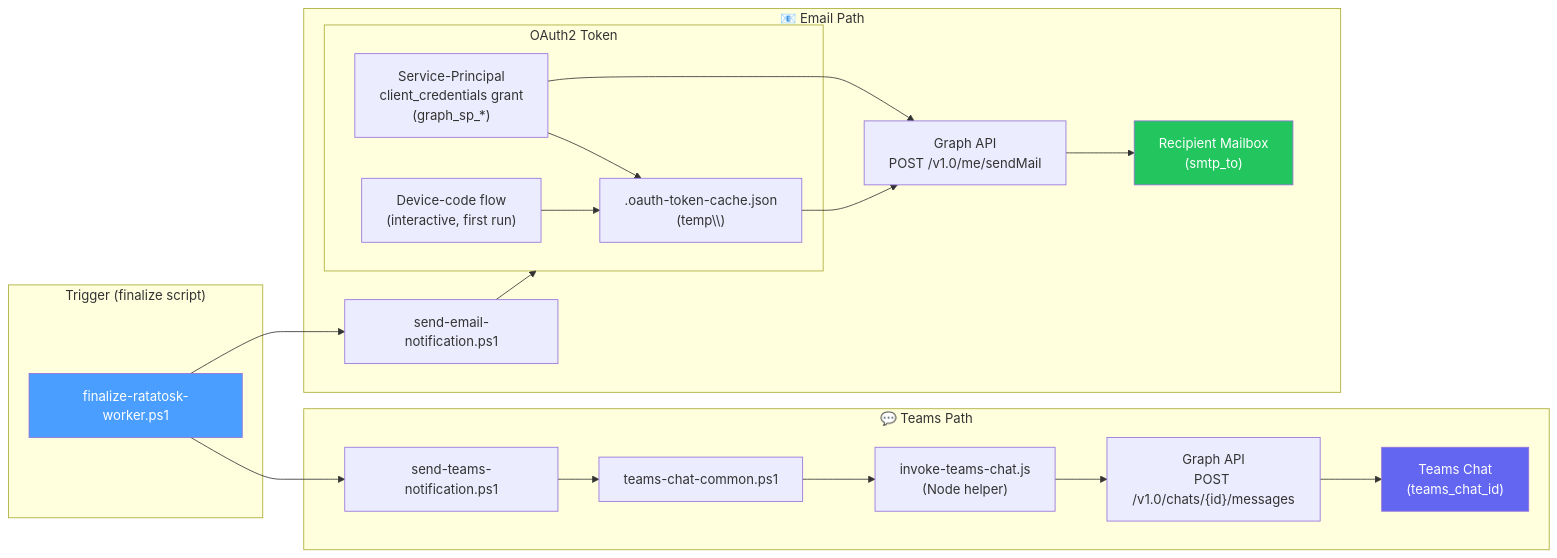
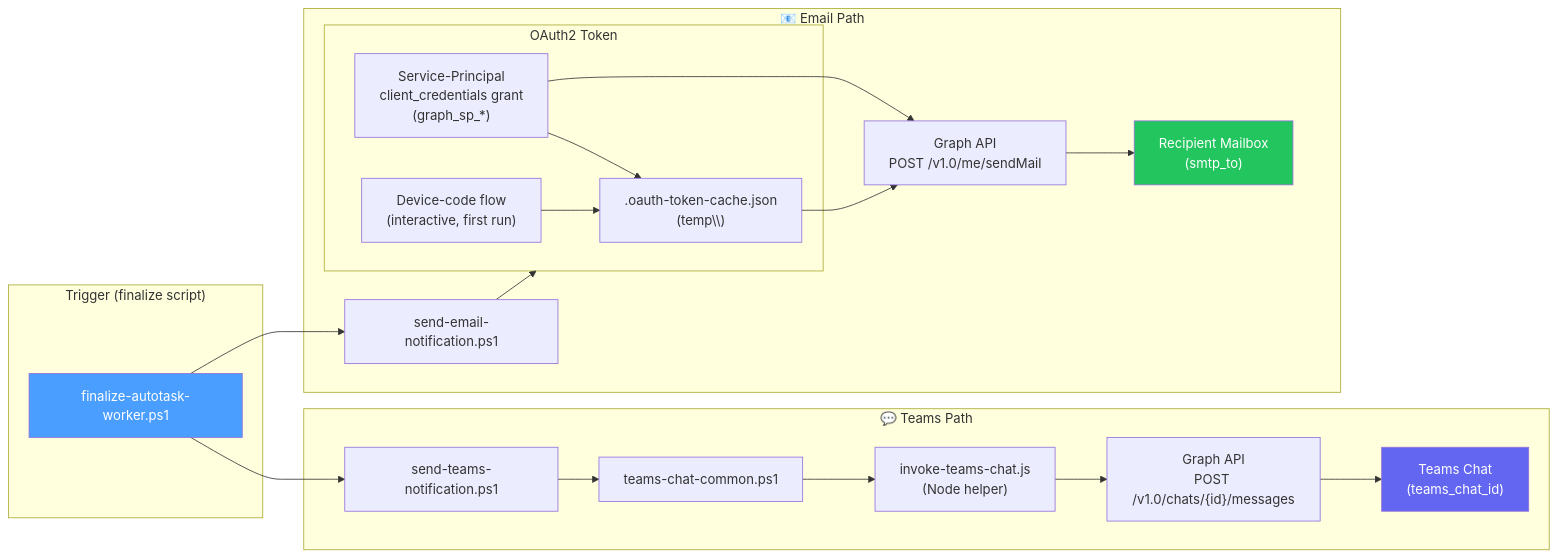
The ninth of 12 diagrams in docs/architecture-overview.md (cat-hoang/ai-studio), drawn with Mermaid before and after one commit. The commit also changed other lines of this file and 68 other files, not shown here.

````diff
--- a/docs/architecture-overview.md
+++ b/docs/architecture-overview.md
@@ -468,43 +468,43 @@
 ```mermaid
 flowchart LR
     subgraph Trigger["Trigger (finalize script)"]
-        FIN[finalize-ratatosk-worker.ps1]
+        FIN[finalize-autotask-worker.ps1]
     end
 
     subgraph Email["📧 Email Path"]
         EN[send-email-notification.ps1]
         subgraph Token["OAuth2 Token"]
             TC[".oauth-token-cache.json<br>(temp\\)"]
             SP["Service-Principal<br>client_credentials grant<br>(graph_sp_*)"]
             DC["Device-code flow<br>(interactive, first run)"]
         end
         GM["Graph API<br>POST /v1.0/me/sendMail"]
         MB["Recipient Mailbox<br>(smtp_to)"]
     end
 
     subgraph Teams["💬 Teams Path"]
         TN[send-teams-notification.ps1]
         TCH[teams-chat-common.ps1]
         JS["invoke-teams-chat.js<br>(Node helper)"]
         GC["Graph API<br>POST /v1.0/chats/{id}/messages"]
         TC2["Teams Chat<br>(teams_chat_id)"]
     end
 
     FIN --> EN
     FIN --> TN
     EN --> Token
     TC --> GM
     SP --> GM
     DC --> TC
     SP --> TC
     GM --> MB
 
     TN --> TCH
     TCH --> JS
     JS --> GC
     GC --> TC2
 
     style FIN fill:#4a9eff,color:#fff
     style MB fill:#22c55e,color:#fff
     style TC2 fill:#6366f1,color:#fff
 ```
````
